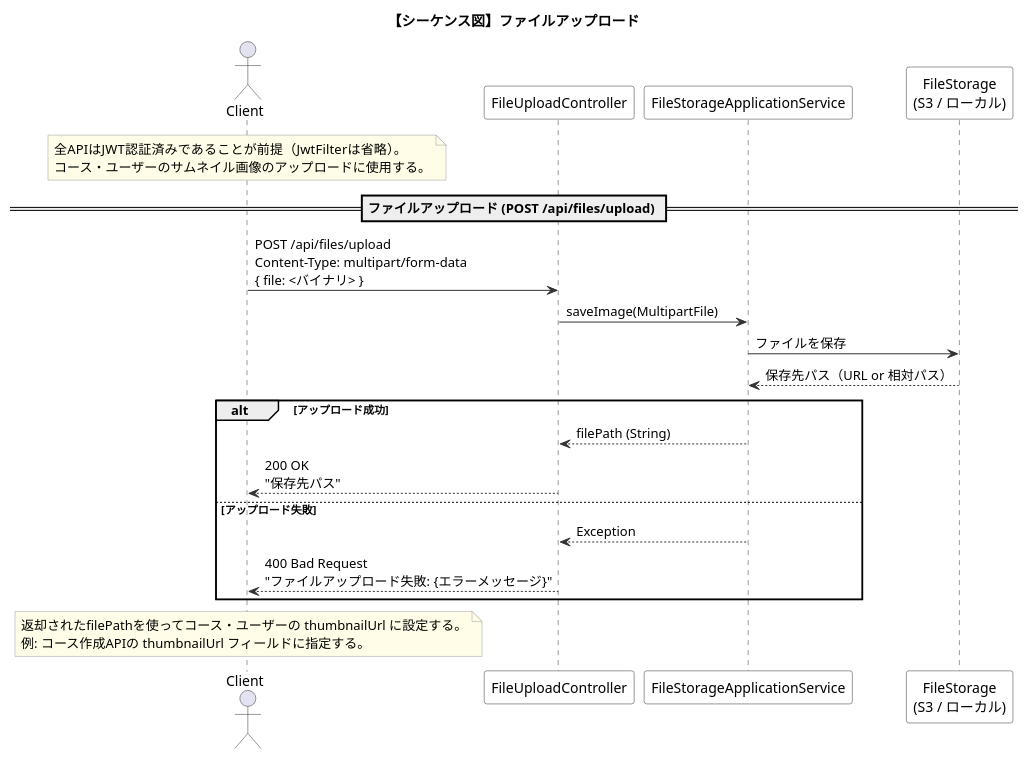
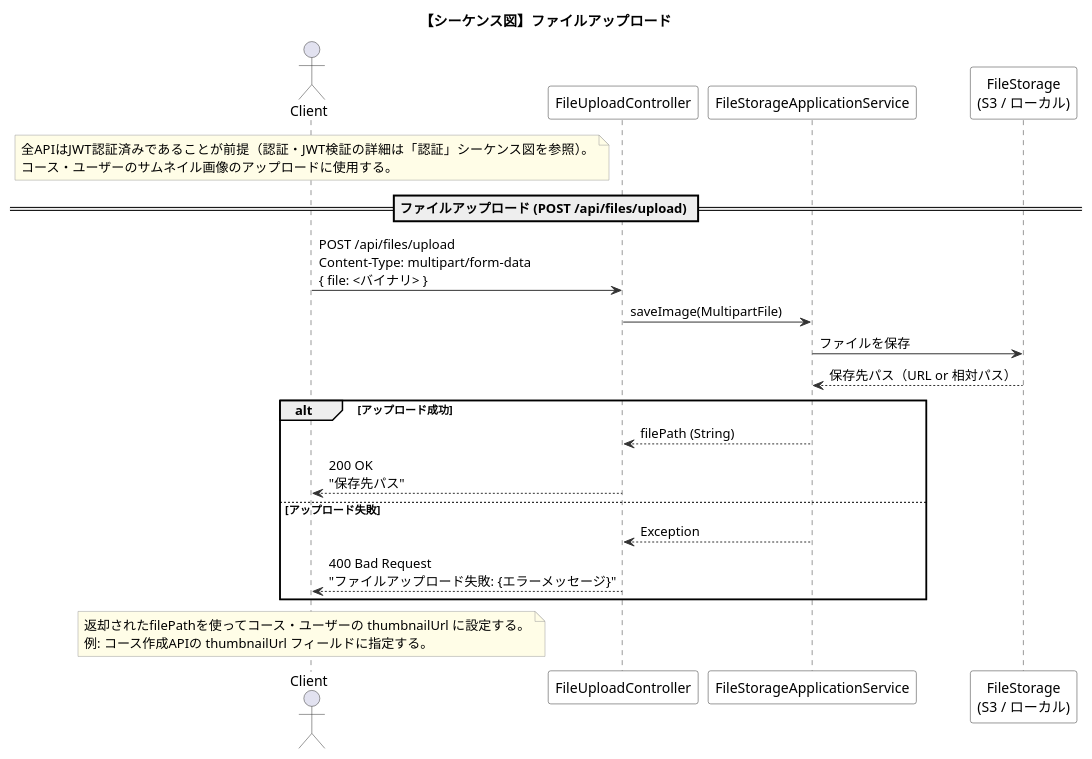
One commit to stra24/elms-backend changed the diagram in docs/sequence-file-upload.puml. Above: the diagram before and after it, drawn with PlantUML. The commit also changed 216 other files, not shown here.

```diff
--- a/docs/sequence-file-upload.puml
+++ b/docs/sequence-file-upload.puml
@@ -1,49 +1,49 @@
 @startuml sequence-file-upload
 title 【シーケンス図】ファイルアップロード
 
 skinparam sequence {
   ArrowColor #333333
   ActorBorderColor #333333
   LifeLineBorderColor #333333
   ParticipantBorderColor #333333
   ParticipantBackgroundColor White
 }
 skinparam noteBackgroundColor #FFFDE7
 skinparam noteBorderColor #999999
 
 actor Client
 participant "FileUploadController" as Controller
 participant "FileStorageApplicationService" as AppService
 participant "FileStorage\n(S3 / ローカル)" as Storage
 
 note over Client
-  全APIはJWT認証済みであることが前提（JwtFilterは省略）。
+  全APIはJWT認証済みであることが前提（認証・JWT検証の詳細は「認証」シーケンス図を参照）。
   コース・ユーザーのサムネイル画像のアップロードに使用する。
 end note
 
 ' ============================================================
 ' ファイルアップロード
 ' ============================================================
 == ファイルアップロード (POST /api/files/upload) ==
 
 Client -> Controller : POST /api/files/upload\nContent-Type: multipart/form-data\n{ file: <バイナリ> }
 
 Controller -> AppService : saveImage(MultipartFile)
 
 AppService -> Storage : ファイルを保存
 Storage --> AppService : 保存先パス（URL or 相対パス）
 
 alt アップロード成功
   AppService --> Controller : filePath (String)
   Controller --> Client : 200 OK\n"保存先パス"
 else アップロード失敗
   AppService --> Controller : Exception
   Controller --> Client : 400 Bad Request\n"ファイルアップロード失敗: {エラーメッセージ}"
 end
 
 note over Client
   返却されたfilePathを使ってコース・ユーザーの thumbnailUrl に設定する。
   例: コース作成APIの thumbnailUrl フィールドに指定する。
 end note
 
 @enduml
```
